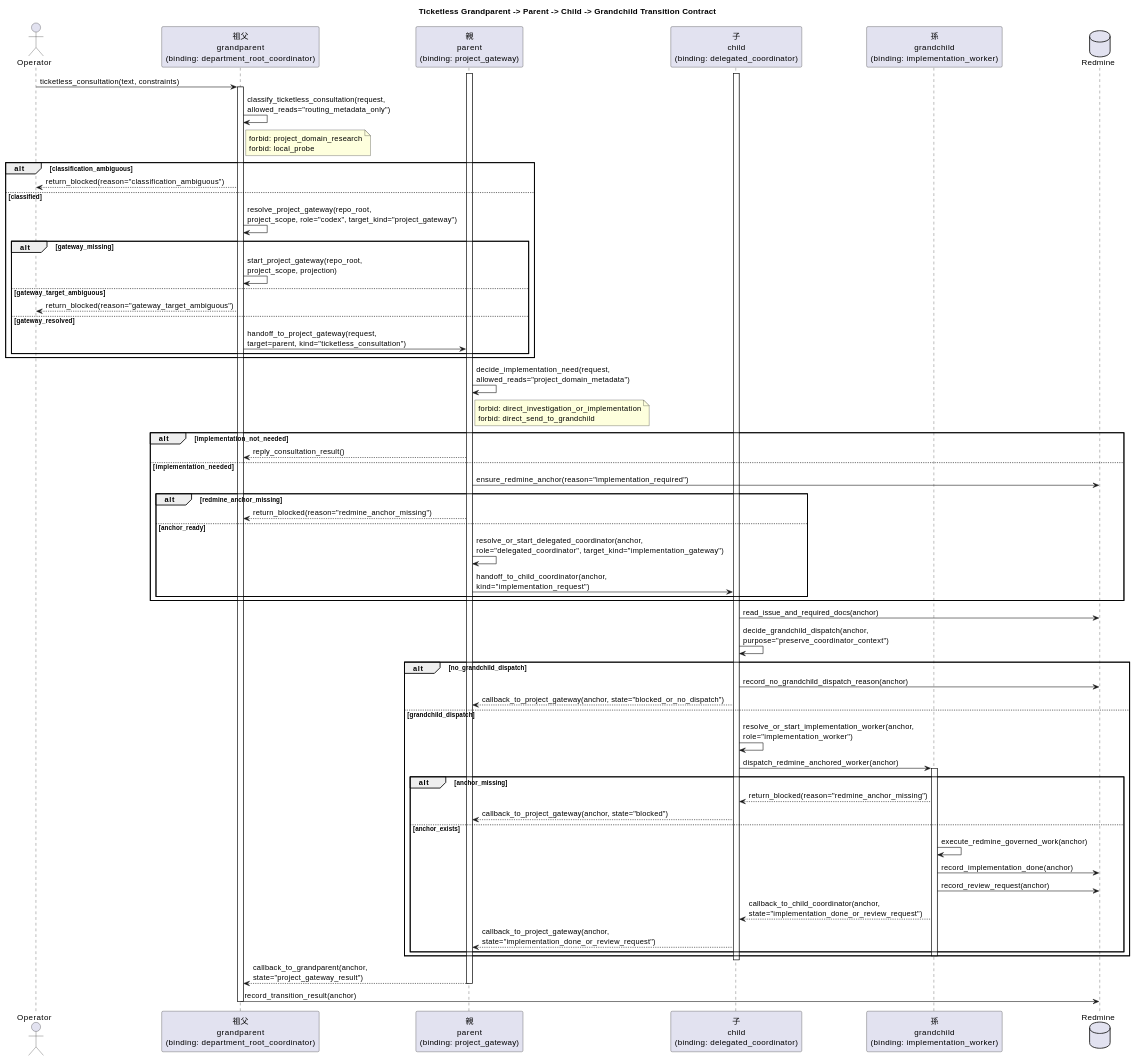
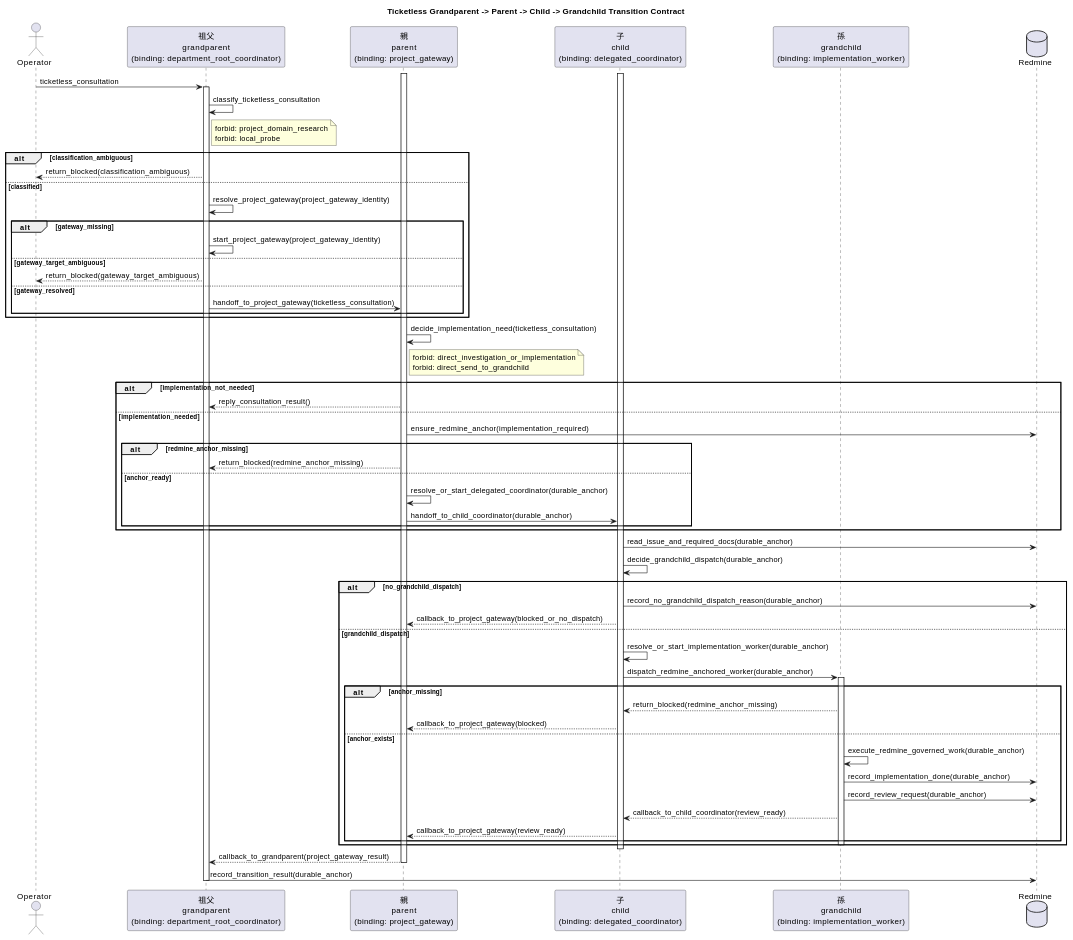
The diagram in vibes/docs/logics/ticketless-project-gateway-runtime-ux.md (hollySizzle/mozyo_bridge), drawn with PlantUML before and after one commit. The commit also changed other lines of this file, not shown here.

First line of the commit message:
docs: abstract ticketless gateway command contracts

````diff
--- a/vibes/docs/logics/ticketless-project-gateway-runtime-ux.md
+++ b/vibes/docs/logics/ticketless-project-gateway-runtime-ux.md
@@ -212,81 +205,81 @@
 ```plantuml
 @startuml
 title Ticketless Grandparent -> Parent -> Child -> Grandchild Transition Contract
 
 actor Operator
 participant "祖父\ngrandparent\n(binding: department_root_coordinator)" as Grandparent
 participant "親\nparent\n(binding: project_gateway)" as Parent
 participant "子\nchild\n(binding: delegated_coordinator)" as Child
 participant "孫\ngrandchild\n(binding: implementation_worker)" as Grandchild
 database Redmine
 
-Operator -> Grandparent: ticketless_consultation(text, constraints)
+Operator -> Grandparent: ticketless_consultation
 activate Grandparent
-Grandparent -> Grandparent: classify_ticketless_consultation(request,\nallowed_reads="routing_metadata_only")
+Grandparent -> Grandparent: classify_ticketless_consultation
 note right of Grandparent
   forbid: project_domain_research
   forbid: local_probe
 end note
 
 alt classification_ambiguous
-  Grandparent --> Operator: return_blocked(reason="classification_ambiguous")
+  Grandparent --> Operator: return_blocked(classification_ambiguous)
 else classified
-  Grandparent -> Grandparent: resolve_project_gateway(repo_root,\nproject_scope, role="codex", target_kind="project_gateway")
+  Grandparent -> Grandparent: resolve_project_gateway(project_gateway_identity)
   alt gateway_missing
-    Grandparent -> Grandparent: start_project_gateway(repo_root,\nproject_scope, projection)
+    Grandparent -> Grandparent: start_project_gateway(project_gateway_identity)
   else gateway_target_ambiguous
-    Grandparent --> Operator: return_blocked(reason="gateway_target_ambiguous")
+    Grandparent --> Operator: return_blocked(gateway_target_ambiguous)
   else gateway_resolved
-    Grandparent -> Parent: handoff_to_project_gateway(request,\ntarget=parent, kind="ticketless_consultation")
+    Grandparent -> Parent: handoff_to_project_gateway(ticketless_consultation)
   end
 end
 
 activate Parent
-Parent -> Parent: decide_implementation_need(request,\nallowed_reads="project_domain_metadata")
+Parent -> Parent: decide_implementation_need(ticketless_consultation)
 note right of Parent
   forbid: direct_investigation_or_implementation
   forbid: direct_send_to_grandchild
 end note
 
 alt implementation_not_needed
   Parent --> Grandparent: reply_consultation_result()
 else implementation_needed
-  Parent -> Redmine: ensure_redmine_anchor(reason="implementation_required")
+  Parent -> Redmine: ensure_redmine_anchor(implementation_required)
   alt redmine_anchor_missing
-    Parent --> Grandparent: return_blocked(reason="redmine_anchor_missing")
+    Parent --> Grandparent: return_blocked(redmine_anchor_missing)
   else anchor_ready
-    Parent -> Parent: resolve_or_start_delegated_coordinator(anchor,\nrole="delegated_coordinator", target_kind="implementation_gateway")
-    Parent -> Child: handoff_to_child_coordinator(anchor,\nkind="implementation_request")
+    Parent -> Parent: resolve_or_start_delegated_coordinator(durable_anchor)
+    Parent -> Child: handoff_to_child_coordinator(durable_anchor)
   end
 end
 
 activate Child
-Child -> Redmine: read_issue_and_required_docs(anchor)
-Child -> Child: decide_grandchild_dispatch(anchor,\npurpose="preserve_coordinator_context")
+Child -> Redmine: read_issue_and_required_docs(durable_anchor)
+Child -> Child: decide_grandchild_dispatch(durable_anchor)
 alt no_grandchild_dispatch
-  Child -> Redmine: record_no_grandchild_dispatch_reason(anchor)
-  Child --> Parent: callback_to_project_gateway(anchor, state="blocked_or_no_dispatch")
+  Child -> Redmine: record_no_grandchild_dispatch_reason(durable_anchor)
+  Child --> Parent: callback_to_project_gateway(blocked_or_no_dispatch)
 else grandchild_dispatch
-  Child -> Child: resolve_or_start_implementation_worker(anchor,\nrole="implementation_worker")
-  Child -> Grandchild: dispatch_redmine_anchored_worker(anchor)
+  Child -> Child: resolve_or_start_implementation_worker(durable_anchor)
+  Child -> Grandchild: dispatch_redmine_anchored_worker(durable_anchor)
   activate Grandchild
   alt anchor_missing
-    Grandchild --> Child: return_blocked(reason="redmine_anchor_missing")
-    Child --> Parent: callback_to_project_gateway(anchor, state="blocked")
+    Grandchild --> Child: return_blocked(redmine_anchor_missing)
+    Child --> Parent: callback_to_project_gateway(blocked)
   else anchor_exists
-    Grandchild -> Grandchild: execute_redmine_governed_work(anchor)
-    Grandchild -> Redmine: record_implementation_done(anchor)
-    Grandchild -> Redmine: record_review_request(anchor)
-    Grandchild --> Child: callback_to_child_coordinator(anchor,\nstate="implementation_done_or_review_request")
-    Child --> Parent: callback_to_project_gateway(anchor,\nstate="implementation_done_or_review_request")
+    Grandchild -> Grandchild: execute_redmine_governed_work(durable_anchor)
+    Grandchild -> Redmine: record_implementation_done(durable_anchor)
+    Grandchild -> Redmine: record_review_request(durable_anchor)
+    Grandchild --> Child: callback_to_child_coordinator(review_ready)
+    Child --> Parent: callback_to_project_gateway(review_ready)
   end
   deactivate Grandchild
 end
 deactivate Child
 
-Parent --> Grandparent: callback_to_grandparent(anchor,\nstate="project_gateway_result")
+Parent --> Grandparent: callback_to_grandparent(project_gateway_result)
 deactivate Parent
-Grandparent -> Redmine: record_transition_result(anchor)
+Grandparent -> Redmine: record_transition_result(durable_anchor)
 deactivate Grandparent
 @enduml
 ```
````
